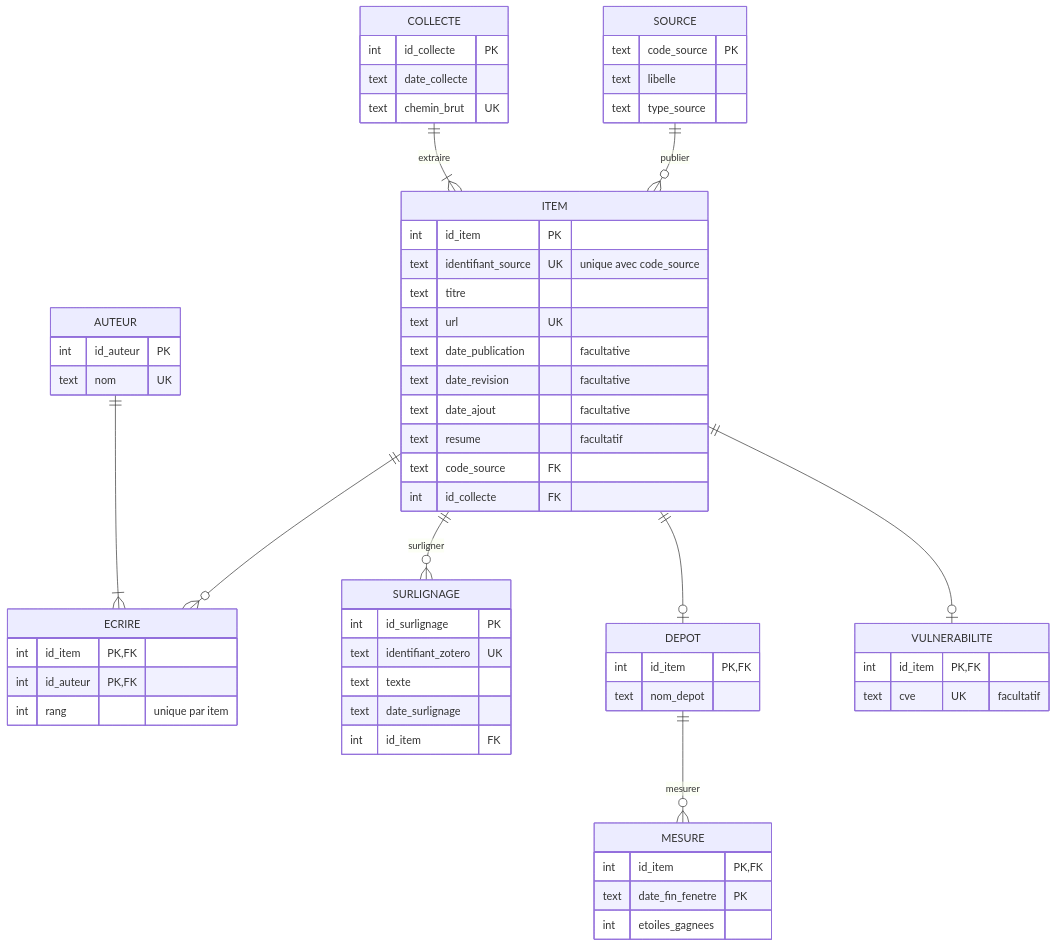
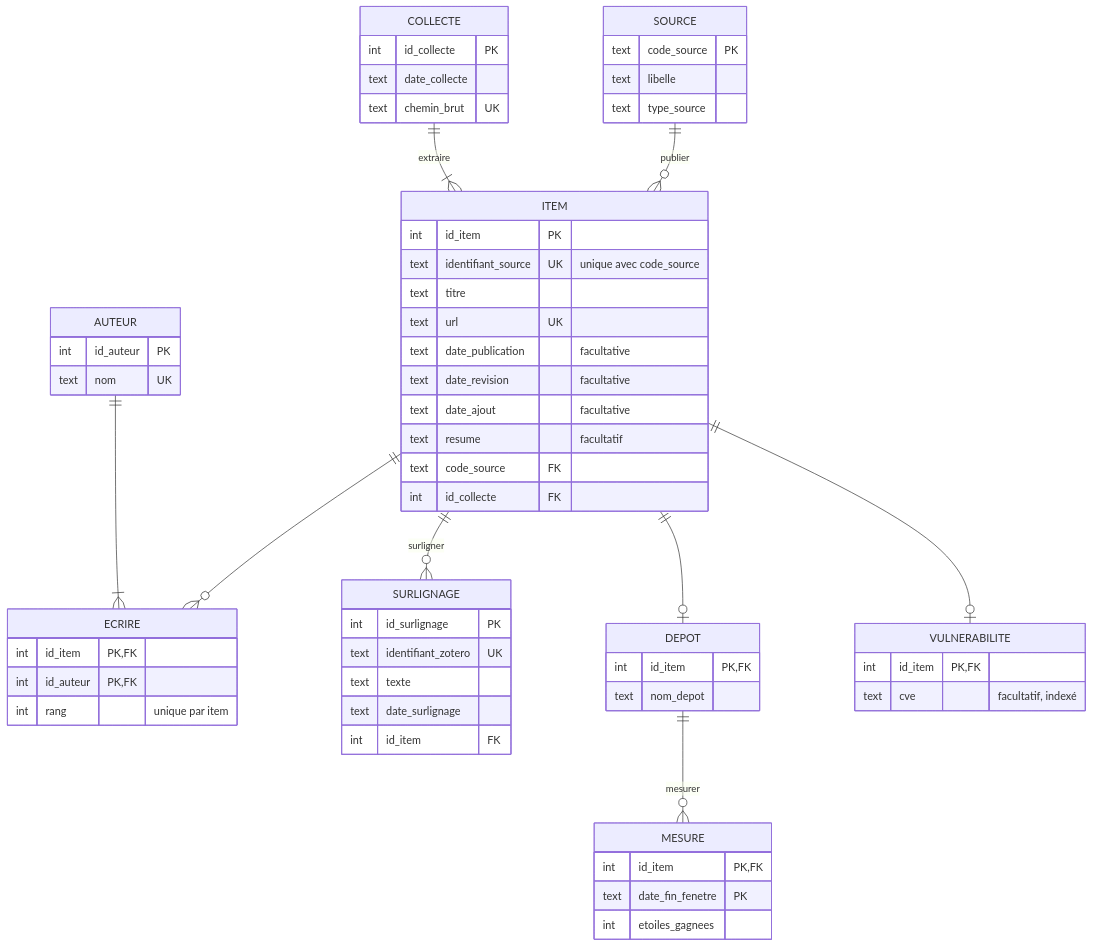
Before and after one commit to SabineLaurent/K-B: the second of 2 diagrams in docs/stockage.md, drawn with Mermaid. The commit also changed other lines of this file and 7 other files, not shown here.

````diff
--- a/docs/stockage.md
+++ b/docs/stockage.md
@@ -136,63 +138,63 @@
 ```mermaid
 erDiagram
     SOURCE ||--o{ ITEM : publier
     COLLECTE ||--|{ ITEM : extraire
     ITEM ||--o{ ECRIRE : ""
     AUTEUR ||--|{ ECRIRE : ""
     ITEM ||--o{ SURLIGNAGE : surligner
     ITEM ||--o| DEPOT : ""
     ITEM ||--o| VULNERABILITE : ""
     DEPOT ||--o{ MESURE : mesurer
 
     SOURCE {
         text code_source PK
         text libelle
         text type_source
     }
     COLLECTE {
         int id_collecte PK
         text date_collecte
         text chemin_brut UK
     }
     ITEM {
         int id_item PK
         text identifiant_source UK "unique avec code_source"
         text titre
         text url UK
         text date_publication "facultative"
         text date_revision "facultative"
         text date_ajout "facultative"
         text resume "facultatif"
         text code_source FK
         int id_collecte FK
     }
     AUTEUR {
         int id_auteur PK
         text nom UK
     }
     ECRIRE {
         int id_item PK, FK
         int id_auteur PK, FK
         int rang "unique par item"
     }
     SURLIGNAGE {
         int id_surlignage PK
         text identifiant_zotero UK
         text texte
         text date_surlignage
         int id_item FK
     }
     DEPOT {
         int id_item PK, FK
         text nom_depot
     }
     MESURE {
         int id_item PK, FK
         text date_fin_fenetre PK
         int etoiles_gagnees
     }
     VULNERABILITE {
         int id_item PK, FK
-        text cve UK "facultatif"
+        text cve "facultatif, indexé"
     }
 ```
````
